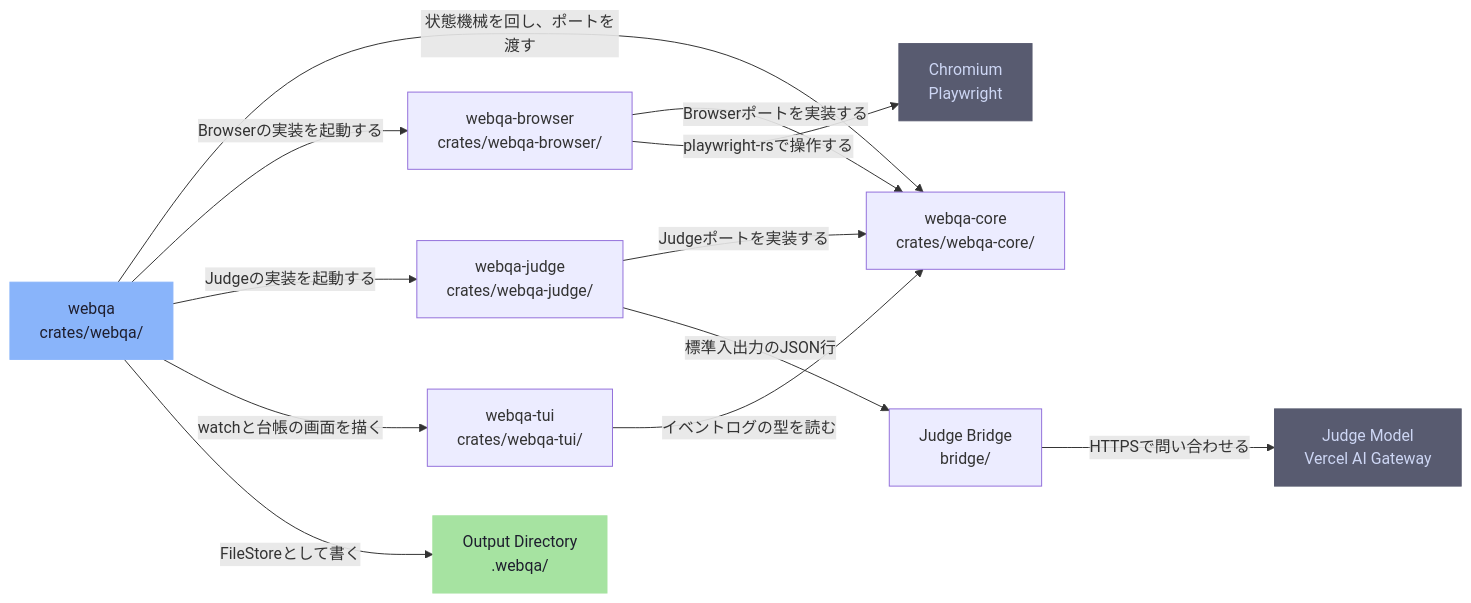
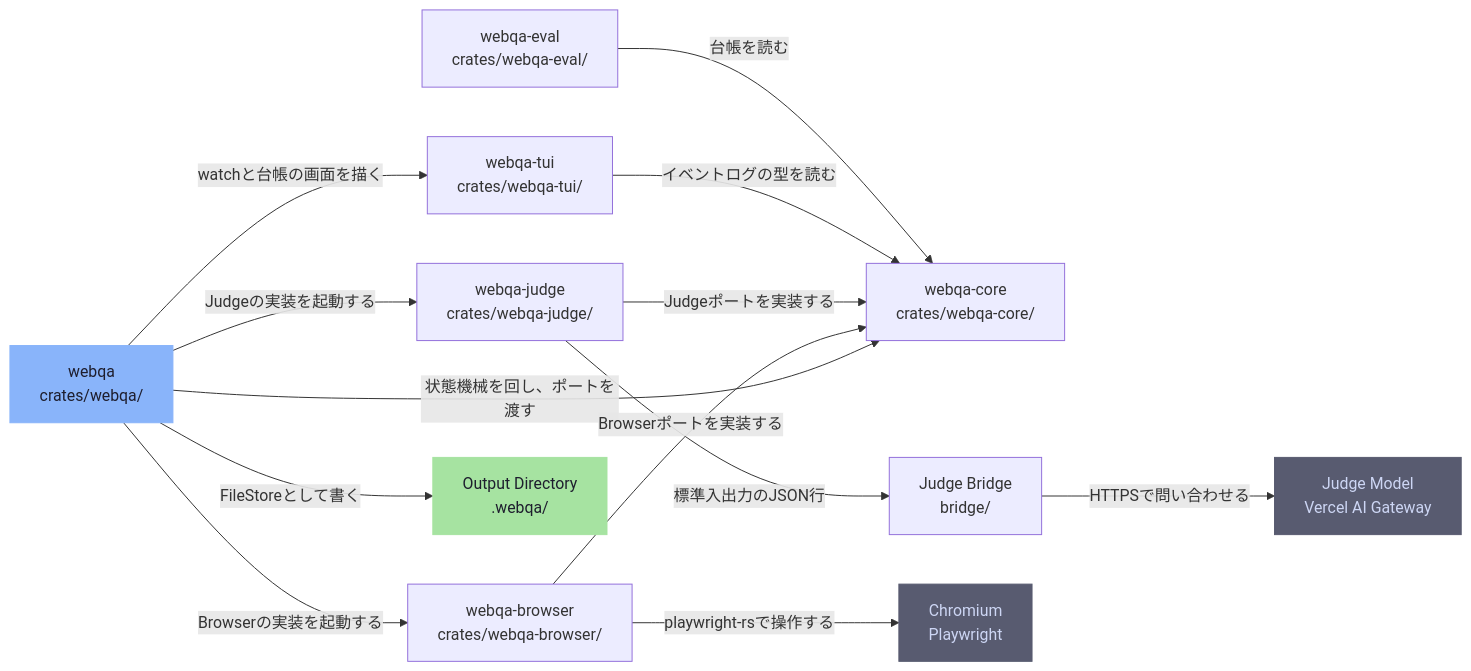
Before and after one commit to Hakkadaikon/webqa-explorer: the diagram in .omm/overall-architecture/diagram.mmd, drawn with Mermaid. The commit also changed 6 other files, not shown here.

First line of the commit message:
docs(eval): 仕込みの表と数え方を直し、webqa-evalを依存と図に足す

```diff
--- a/.omm/overall-architecture/diagram.mmd
+++ b/.omm/overall-architecture/diagram.mmd
@@ -1,24 +1,26 @@
 graph LR
     webqa["webqa\ncrates/webqa/"]:::entry
     webqa-core["webqa-core\ncrates/webqa-core/"]
     webqa-browser["webqa-browser\ncrates/webqa-browser/"]
     webqa-judge["webqa-judge\ncrates/webqa-judge/"]
     webqa-tui["webqa-tui\ncrates/webqa-tui/"]
+    webqa-eval["webqa-eval\ncrates/webqa-eval/"]
     judge-bridge["Judge Bridge\nbridge/"]
     chromium["Chromium\nPlaywright"]:::external
     judge-model["Judge Model\nVercel AI Gateway"]:::external
     output-dir["Output Directory\n.webqa/"]:::store
     webqa -->|"状態機械を回し、ポートを渡す"| webqa-core
     webqa -->|"Browserの実装を起動する"| webqa-browser
     webqa -->|"Judgeの実装を起動する"| webqa-judge
     webqa -->|"watchと台帳の画面を描く"| webqa-tui
     webqa-browser -->|"Browserポートを実装する"| webqa-core
     webqa-judge -->|"Judgeポートを実装する"| webqa-core
     webqa-tui -->|"イベントログの型を読む"| webqa-core
+    webqa-eval -->|"台帳を読む"| webqa-core
     webqa-browser -->|"playwright-rsで操作する"| chromium
     webqa-judge -->|"標準入出力のJSON行"| judge-bridge
     judge-bridge -->|"HTTPSで問い合わせる"| judge-model
     webqa -->|"FileStoreとして書く"| output-dir
     classDef entry fill:#89b4fa,stroke:#89b4fa,color:#1e1e2e
     classDef external fill:#585b70,stroke:#585b70,color:#cdd6f4
     classDef store fill:#a6e3a1,stroke:#a6e3a1,color:#1e1e2e
```
